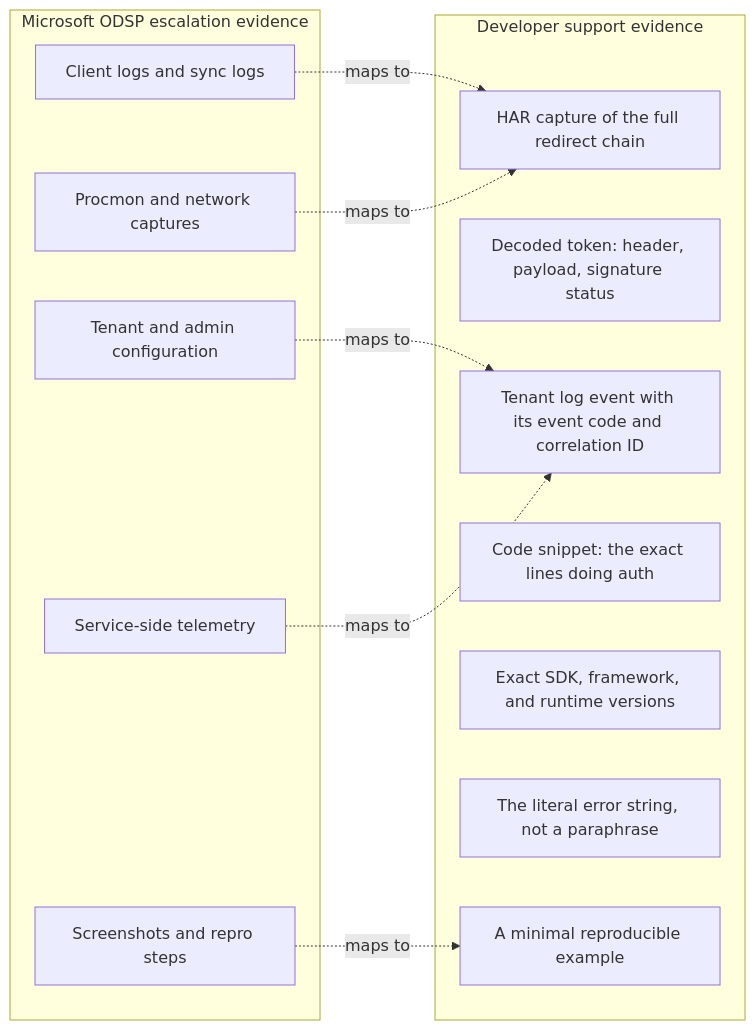
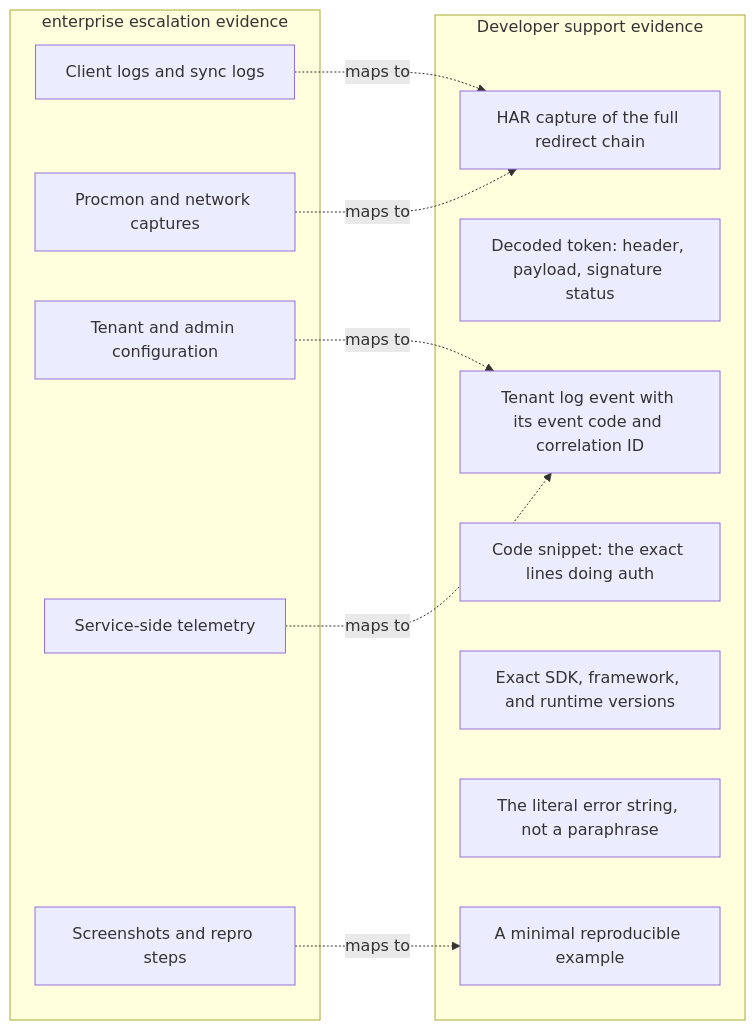
The second of 4 diagrams in Okta DSE/prep/Part-004-what-developer-support-engineering-actually-is.md (hichauhan-in/Interview-Prep), drawn with Mermaid before and after one commit. The commit also changed other lines of this file and 493 other files, not shown here.

````diff
--- a/Okta DSE/prep/Part-004-what-developer-support-engineering-actually-is.md
+++ b/Okta DSE/prep/Part-004-what-developer-support-engineering-actually-is.md
@@ -132,24 +132,24 @@
 ```mermaid
 flowchart LR
-    subgraph Old["Microsoft ODSP escalation evidence"]
+    subgraph Old["enterprise escalation evidence"]
         A1["Tenant and admin configuration"]
         A2["Client logs and sync logs"]
         A3["Procmon and network captures"]
         A4["Screenshots and repro steps"]
         A5["Service-side telemetry"]
     end
     subgraph New["Developer support evidence"]
         B1["HAR capture of the full redirect chain"]
         B2["Decoded token: header, payload, signature status"]
         B3["Tenant log event with its event code and correlation ID"]
         B4["Code snippet: the exact lines doing auth"]
         B5["Exact SDK, framework, and runtime versions"]
         B6["The literal error string, not a paraphrase"]
         B7["A minimal reproducible example"]
     end
     A1 -.->|"maps to"| B3
     A2 -.->|"maps to"| B1
     A3 -.->|"maps to"| B1
     A4 -.->|"maps to"| B7
     A5 -.->|"maps to"| B3
 ```
````
